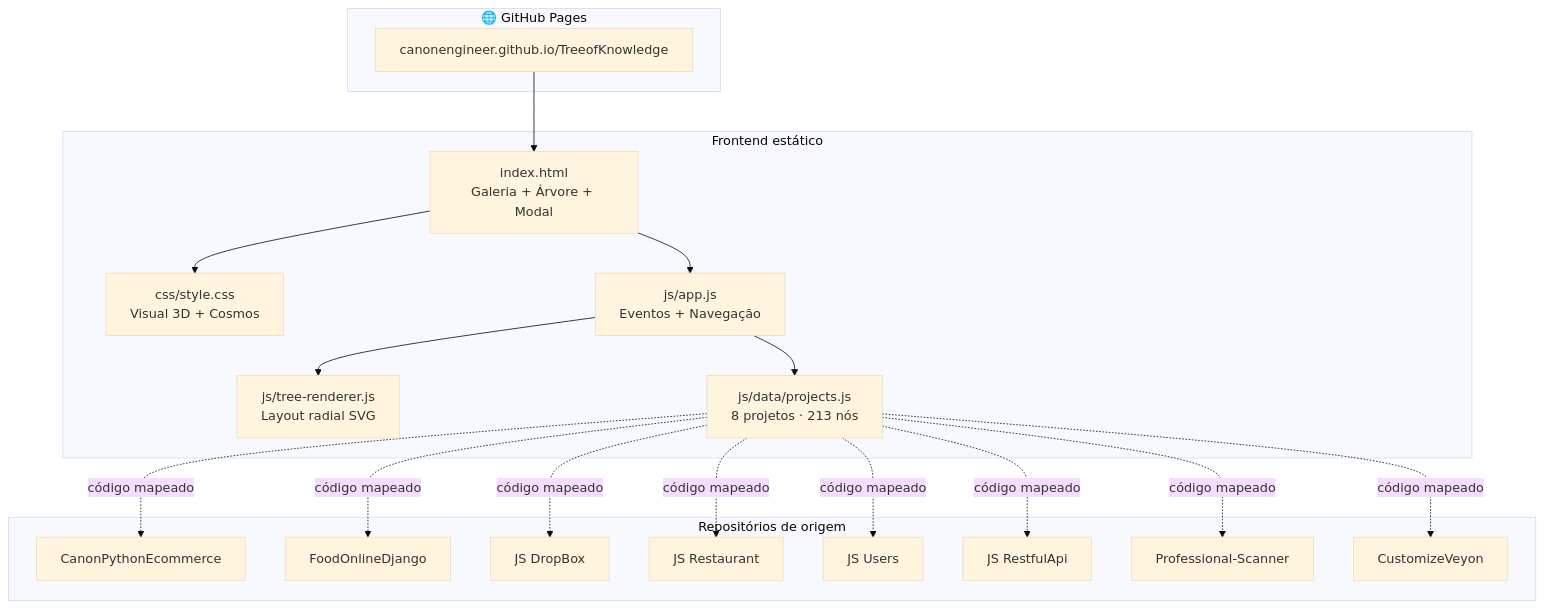
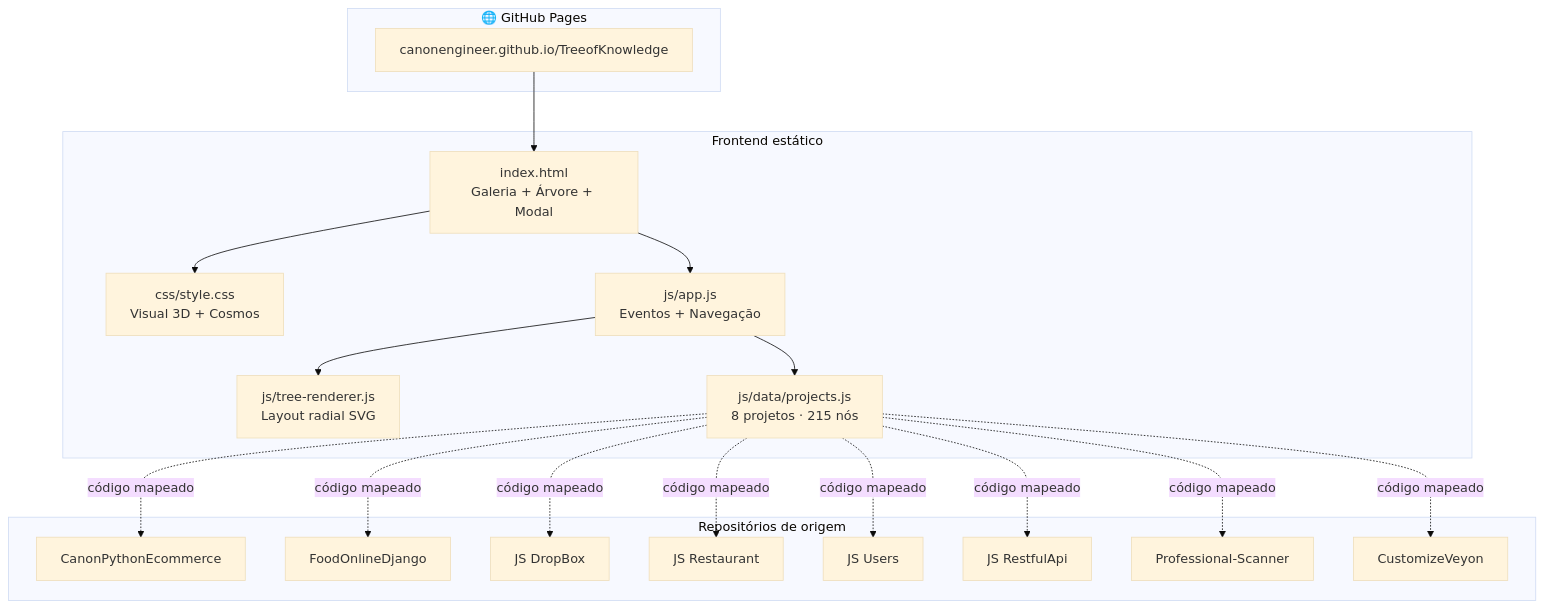
The first of 5 diagrams in README.md (CanonEngineer/TreeofKnowledge), drawn with Mermaid (base theme) before and after one commit. The commit also changed other lines of this file and 3 other files, not shown here.

````diff
--- a/README.md
+++ b/README.md
@@ -123,39 +123,39 @@
 ```mermaid
 flowchart TB
     subgraph PAGES["🌐 GitHub Pages"]
         URL["canonengineer.github.io/TreeofKnowledge"]
     end
 
     subgraph FRONT["Frontend estático"]
         HTML["index.html<br/>Galeria + Árvore + Modal"]
         CSS["css/style.css<br/>Visual 3D + Cosmos"]
         APP["js/app.js<br/>Eventos + Navegação"]
         RENDER["js/tree-renderer.js<br/>Layout radial SVG"]
-        DATA["js/data/projects.js<br/>8 projetos · 213 nós"]
+        DATA["js/data/projects.js<br/>8 projetos · 215 nós"]
     end
 
     subgraph PROJ["Repositórios de origem"]
         P1["CanonPythonEcommerce"]
         P2["FoodOnlineDjango"]
         P3["JS DropBox"]
         P4["JS Restaurant"]
         P5["JS Users"]
         P6["JS RestfulApi"]
         P7["Professional-Scanner"]
         P8["CustomizeVeyon"]
     end
 
     URL --> HTML
     HTML --> CSS
     HTML --> APP
     APP --> RENDER
     APP --> DATA
     DATA -.->|código mapeado| P1
     DATA -.->|código mapeado| P2
     DATA -.->|código mapeado| P3
     DATA -.->|código mapeado| P4
     DATA -.->|código mapeado| P5
     DATA -.->|código mapeado| P6
     DATA -.->|código mapeado| P7
     DATA -.->|código mapeado| P8
 ```
````
